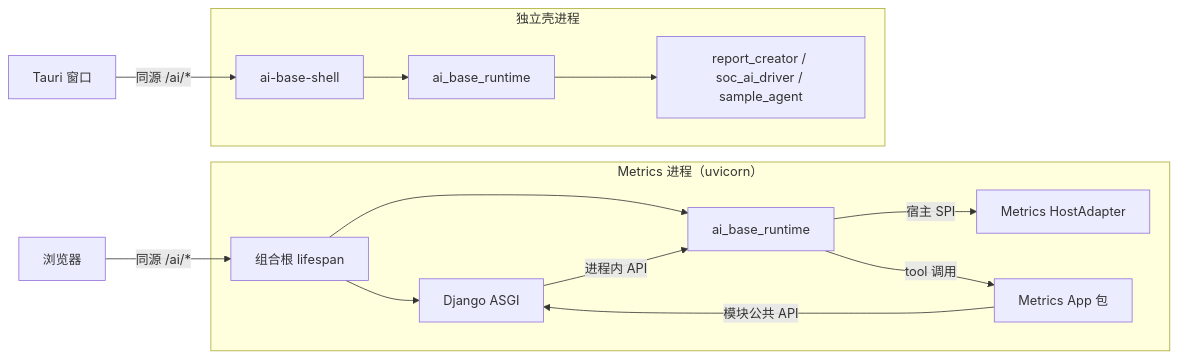
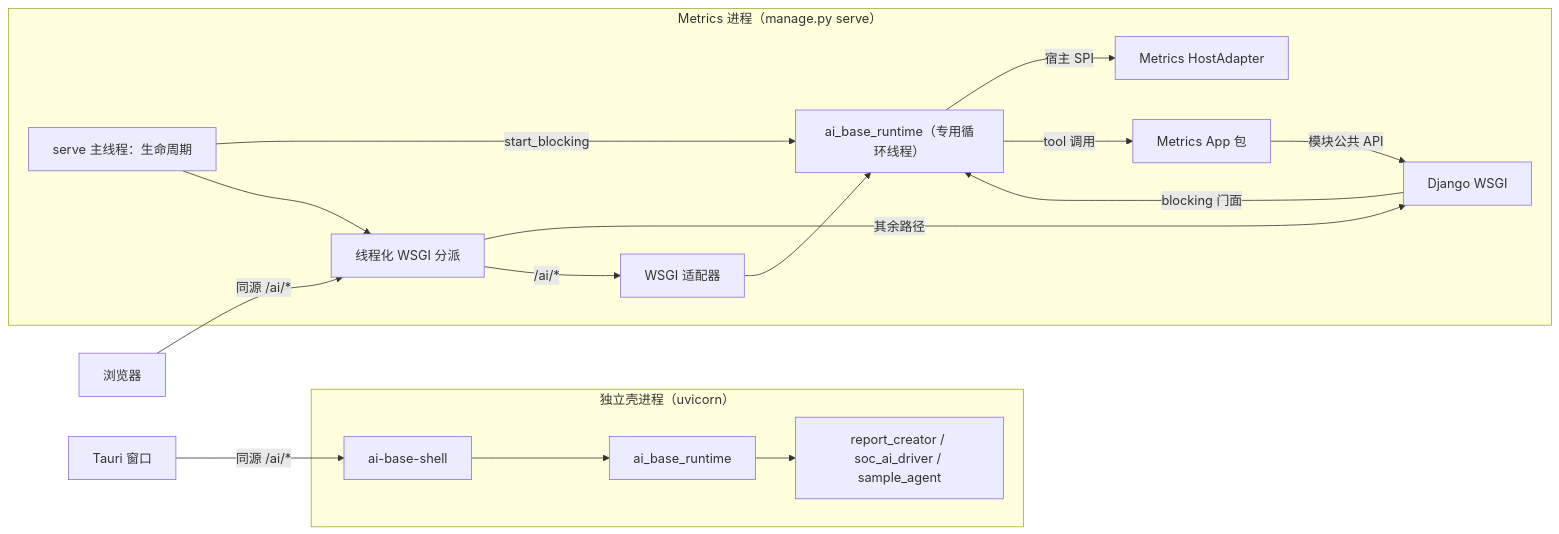
The diagram in openspec/changes/embed-ai-base-runtime-in-process/upstream-ai-base-runtime-proposal.md (lsheng2/metrics), drawn with Mermaid before and after one commit. The commit also changed other lines of this file and 5 other files, not shown here.

First line of the commit message:
docs(mdb2): rewrite MDB-2 for direction 1 and apply architecture review

````diff
--- a/openspec/changes/embed-ai-base-runtime-in-process/upstream-ai-base-runtime-proposal.md
+++ b/openspec/changes/embed-ai-base-runtime-in-process/upstream-ai-base-runtime-proposal.md
@@ -107,17 +112,20 @@
 ```mermaid
 flowchart LR
-    subgraph metricsProc["Metrics 进程（uvicorn）"]
-        root["组合根 lifespan"] --> django["Django ASGI"]
-        root --> rt["ai_base_runtime"]
-        django -- "进程内 API" --> rt
+    subgraph metricsProc["Metrics 进程（manage.py serve）"]
+        serve["serve 主线程：生命周期"] -- "start_blocking" --> rt["ai_base_runtime（专用循环线程）"]
+        serve --> wsgi["线程化 WSGI 分派"]
+        wsgi -- "其余路径" --> django["Django WSGI"]
+        wsgi -- "/ai/*" --> adapter["WSGI 适配器"]
+        adapter --> rt
+        django -- "blocking 门面" --> rt
         rt -- "宿主 SPI" --> host["Metrics HostAdapter"]
         rt -- "tool 调用" --> pkg["Metrics App 包"]
         pkg -- "模块公共 API" --> django
     end
-    subgraph shellProc["独立壳进程"]
+    subgraph shellProc["独立壳进程（uvicorn）"]
         shell["ai-base-shell"] --> rt2["ai_base_runtime"]
         rt2 --> pkgs["report_creator / soc_ai_driver / sample_agent"]
     end
-    browser["浏览器"] -- "同源 /ai/*" --> root
+    browser["浏览器"] -- "同源 /ai/*" --> wsgi
     tauri["Tauri 窗口"] -- "同源 /ai/*" --> shell
 ```
````
